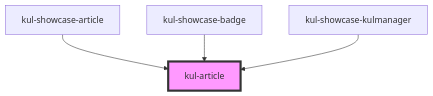
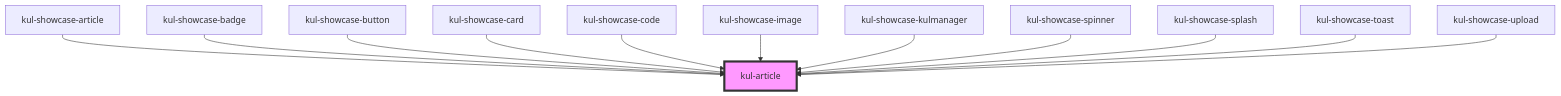
The diagram in packages/ketchup-lite/src/components/kul-article/readme.md (smeup/ketchup), drawn with Mermaid before and after one commit. The commit also changed other lines of this file and 15 other files, not shown here.

````diff
--- a/packages/ketchup-lite/src/components/kul-article/readme.md
+++ b/packages/ketchup-lite/src/components/kul-article/readme.md
@@ -99,7 +110,15 @@
 ```mermaid
 graph TD;
   kul-showcase-article --> kul-article
   kul-showcase-badge --> kul-article
+  kul-showcase-button --> kul-article
+  kul-showcase-card --> kul-article
+  kul-showcase-code --> kul-article
+  kul-showcase-image --> kul-article
   kul-showcase-kulmanager --> kul-article
+  kul-showcase-spinner --> kul-article
+  kul-showcase-splash --> kul-article
+  kul-showcase-toast --> kul-article
+  kul-showcase-upload --> kul-article
   style kul-article fill:#f9f,stroke:#333,stroke-width:4px
 ```
````
